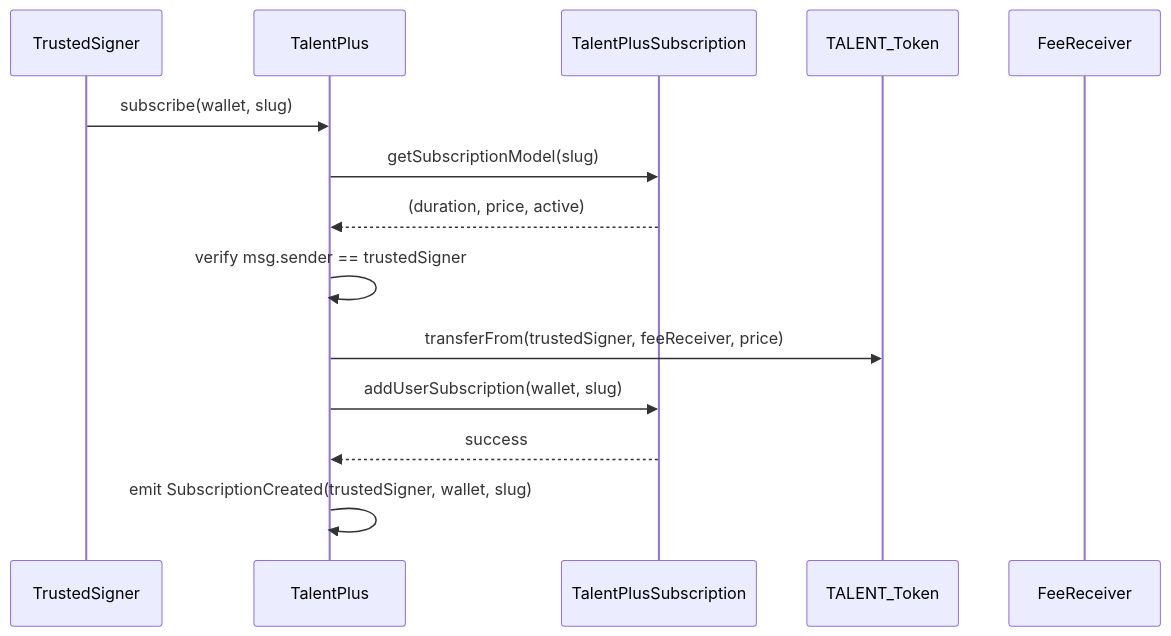
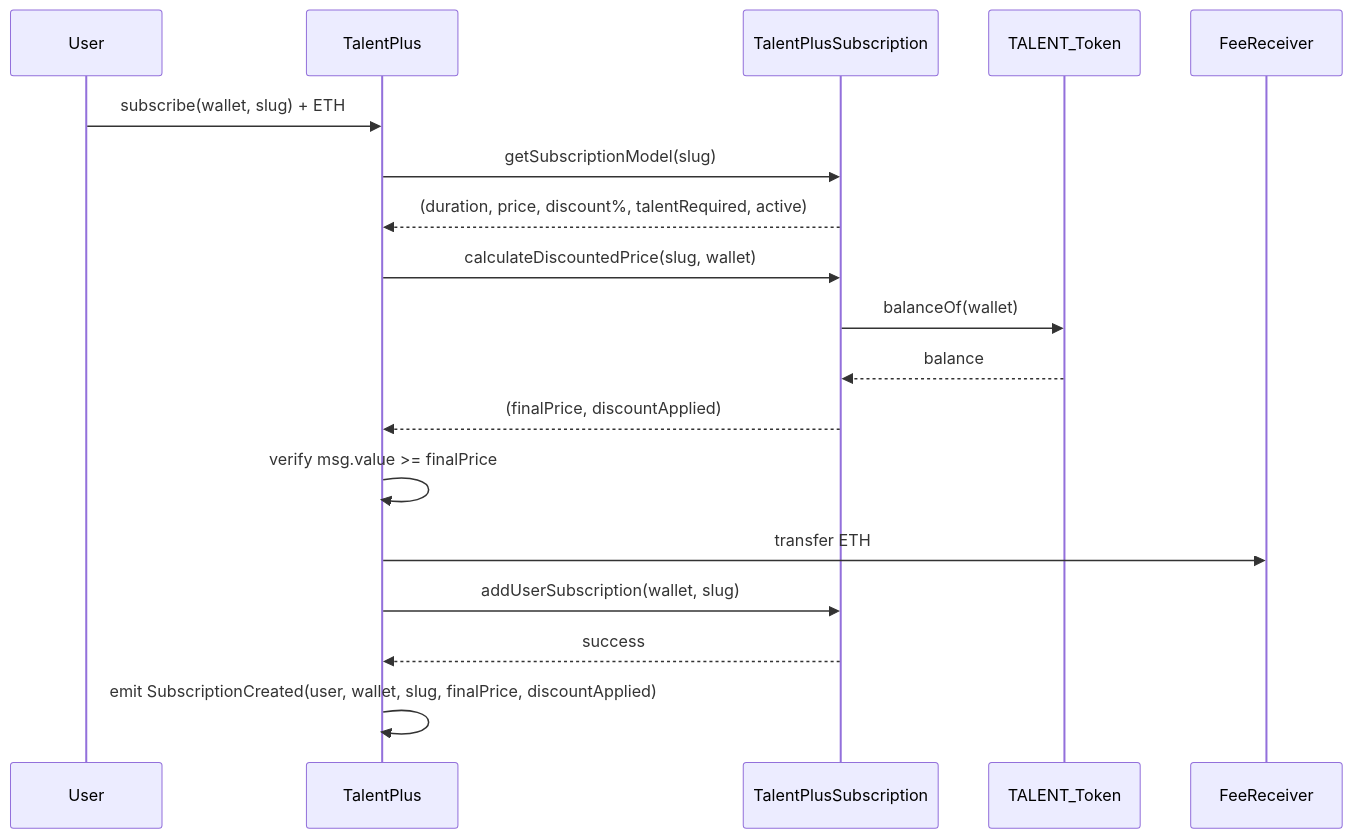
One commit to talentprotocol/contracts changed the first of 2 diagrams in contracts/talent_plus/README.md. Above: the diagram before and after it, drawn with Mermaid. The commit also changed other lines of this file and 14 other files, not shown here.

````diff
--- a/contracts/talent_plus/README.md
+++ b/contracts/talent_plus/README.md
@@ -97,17 +114,21 @@
 ```mermaid
 sequenceDiagram
-    participant TrustedSigner
+    participant User
     participant TalentPlus
     participant TalentPlusSubscription
     participant TALENT_Token
     participant FeeReceiver
 
-    TrustedSigner->>TalentPlus: subscribe(wallet, slug)
+    User->>TalentPlus: subscribe(wallet, slug) + ETH
     TalentPlus->>TalentPlusSubscription: getSubscriptionModel(slug)
-    TalentPlusSubscription-->>TalentPlus: (duration, price, active)
-    TalentPlus->>TalentPlus: verify msg.sender == trustedSigner
-    TalentPlus->>TALENT_Token: transferFrom(trustedSigner, feeReceiver, price)
+    TalentPlusSubscription-->>TalentPlus: (duration, price, discount%, talentRequired, active)
+    TalentPlus->>TalentPlusSubscription: calculateDiscountedPrice(slug, wallet)
+    TalentPlusSubscription->>TALENT_Token: balanceOf(wallet)
+    TALENT_Token-->>TalentPlusSubscription: balance
+    TalentPlusSubscription-->>TalentPlus: (finalPrice, discountApplied)
+    TalentPlus->>TalentPlus: verify msg.value >= finalPrice
+    TalentPlus->>FeeReceiver: transfer ETH
     TalentPlus->>TalentPlusSubscription: addUserSubscription(wallet, slug)
     TalentPlusSubscription-->>TalentPlus: success
-    TalentPlus->>TalentPlus: emit SubscriptionCreated(trustedSigner, wallet, slug)
+    TalentPlus->>TalentPlus: emit SubscriptionCreated(user, wallet, slug, finalPrice, discountApplied)
 ```
````
